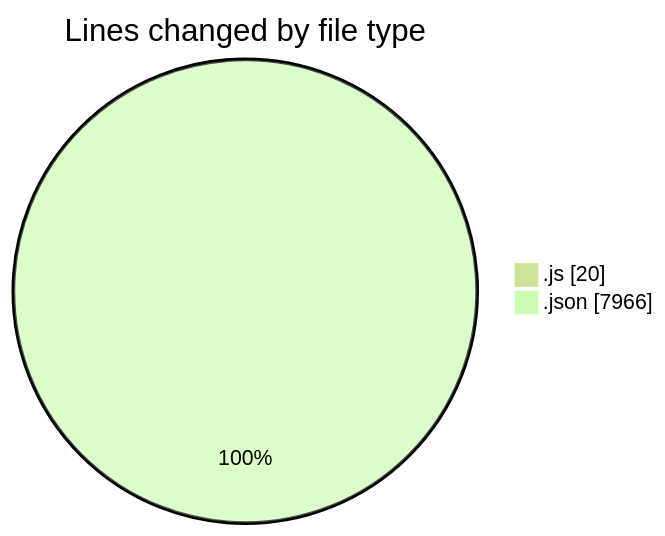
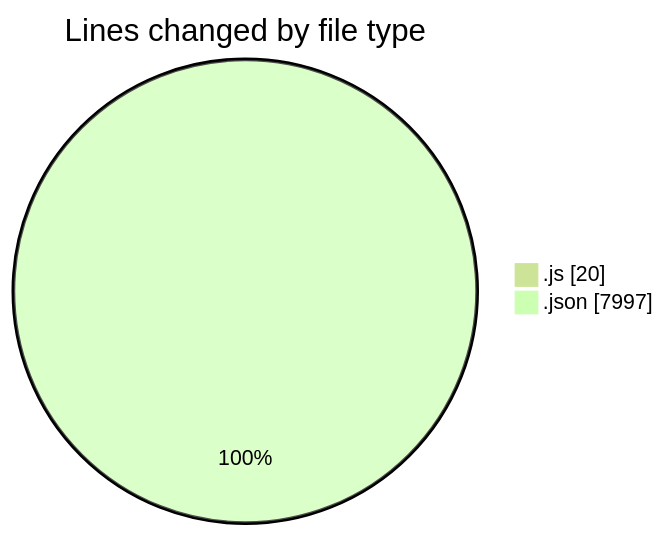
Before and after one commit to momahboobian/code-tracking: the first of 2 diagrams in 2025-01-11/good-pr/README.md, drawn with Mermaid (forest theme). The commit also changed other lines of this file and 1 other file, not shown here.

````diff
--- a/2025-01-11/good-pr/README.md
+++ b/2025-01-11/good-pr/README.md
@@ -23,6 +24,6 @@
 ```mermaid
 pie showData
 title Lines changed by file type
 ".js" : 20
-".json" : 7966
+".json" : 7997
 ```
````
